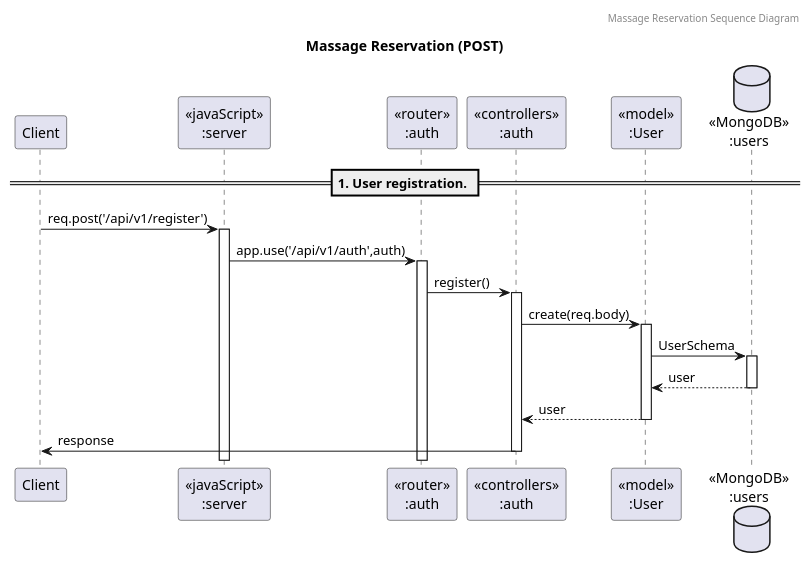
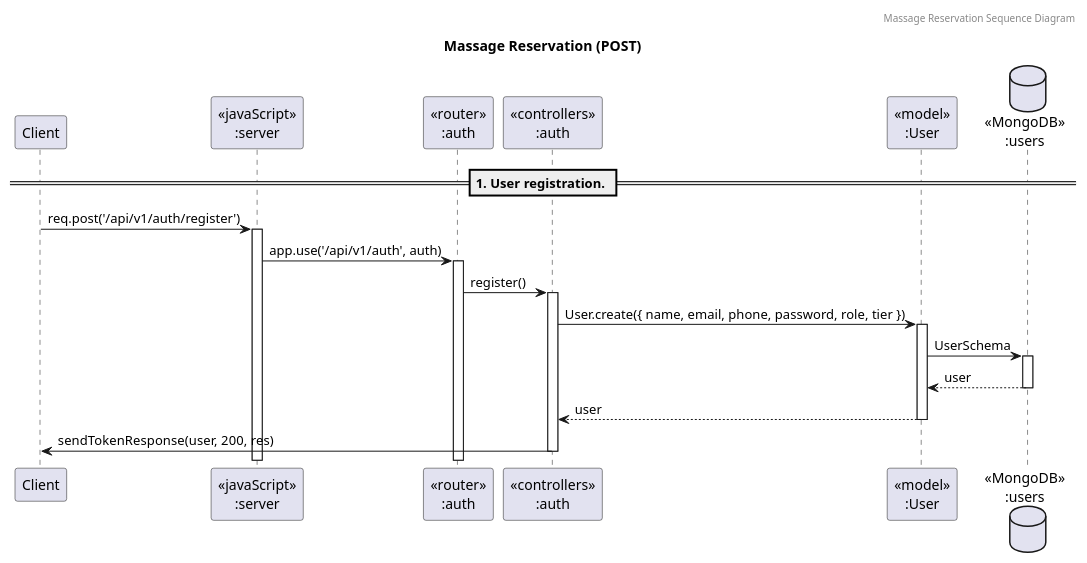
Before and after one commit to 14two-77/be-project-68-fangaodiwa: the diagram in docs/sequence-diagram/sequence-diagram_1.puml, drawn with PlantUML. The commit also changed 26 other files, not shown here.

Commit message:
add diagram

```diff
--- a/docs/sequence-diagram/sequence-diagram_1.puml
+++ b/docs/sequence-diagram/sequence-diagram_1.puml
@@ -1,24 +1,24 @@
 @startuml sequence-diagram
 
 header Massage Reservation Sequence Diagram
 title "Massage Reservation (POST)"
 
 participant "Client" as client
 participant "<<javaScript>>\n:server" as server
 participant "<<router>>\n:auth" as routerAuth
 participant "<<controllers>>\n:auth" as controllersAuth
 participant "<<model>>\n:User" as modelUser
 database "<<MongoDB>>\n:users" as  usersDatabase
 
 == 1. User registration. ==
 
-client -> server ++: req.post('/api/v1/register')
-server -> routerAuth ++: app.use('/api/v1/auth',auth)
+client -> server ++: req.post('/api/v1/auth/register')
+server -> routerAuth ++: app.use('/api/v1/auth', auth)
 routerAuth -> controllersAuth ++: register()
-controllersAuth -> modelUser ++: create(req.body)
+controllersAuth -> modelUser ++: User.create({ name, email, phone, password, role, tier })
 modelUser -> usersDatabase ++: UserSchema
 usersDatabase --> modelUser --: user
 controllersAuth <-- modelUser --: user
-controllersAuth -> client --: response
+controllersAuth -> client --: sendTokenResponse(user, 200, res)
 
 @enduml
```
